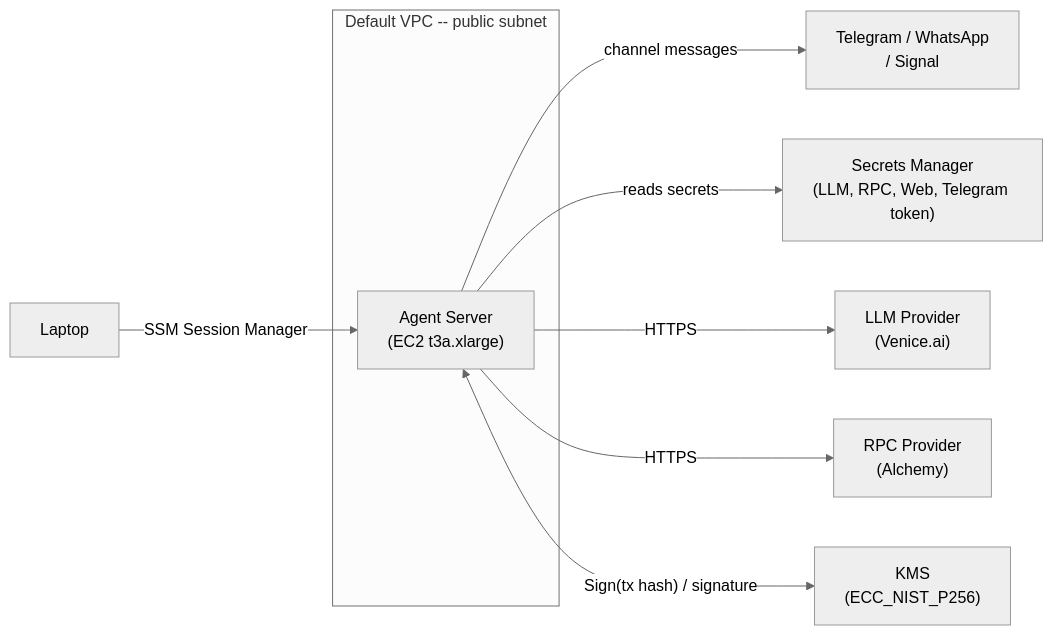
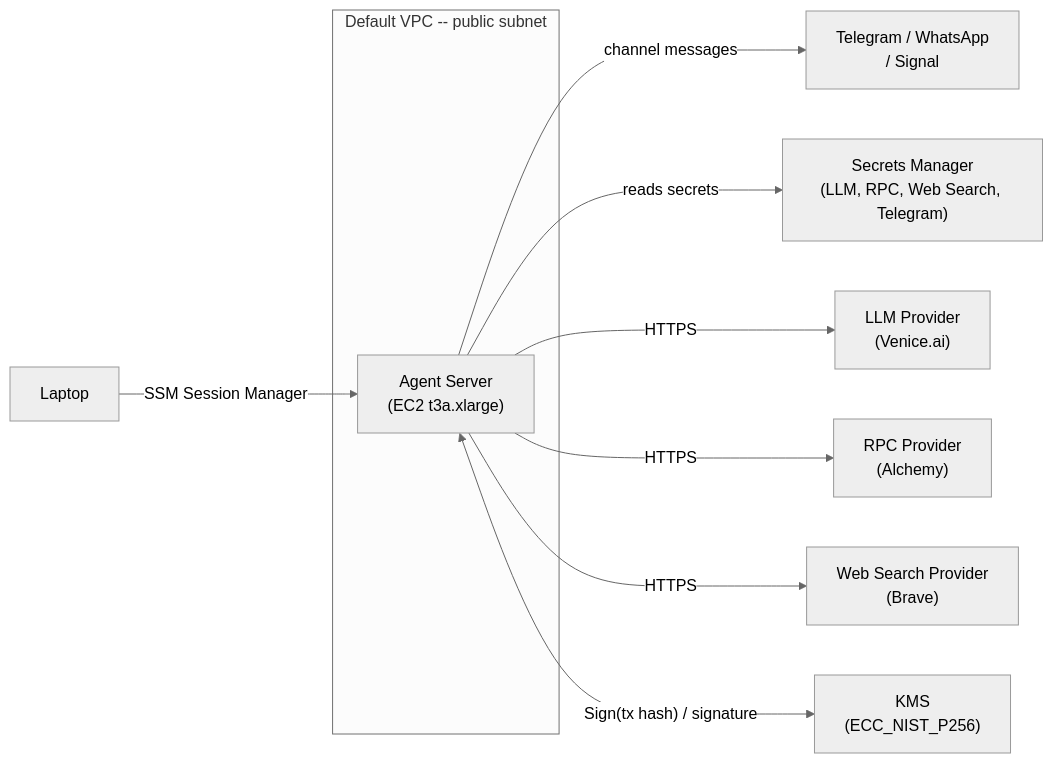
The diagram in README.md (barretodavid/openclaw-aws), drawn with Mermaid (neutral theme) before and after one commit.

Commit message:
Fixed mermaid diagram

````diff
--- a/README.md
+++ b/README.md
@@ -7,12 +7,13 @@
 ```mermaid
 graph LR
     Laptop -->|"SSM Session Manager"| EC2
     subgraph VPC ["Default VPC -- public subnet"]
         EC2["Agent Server<br/>(EC2 t3a.xlarge)"]
     end
     EC2 -->|"channel messages"| Channels["Telegram / WhatsApp<br/>/ Signal"]
-    EC2 -->|"reads secrets"| SM["Secrets Manager<br/>(LLM, RPC, Web, Telegram token)"]
+    EC2 -->|"reads secrets"| SM["Secrets Manager<br/>(LLM, RPC, Web Search, Telegram)"]
     EC2 -->|"HTTPS"| LLM["LLM Provider<br/>(Venice.ai)"]
     EC2 -->|"HTTPS"| RPC["RPC Provider<br/>(Alchemy)"]
+    EC2 -->|"HTTPS"| Web["Web Search Provider<br/>(Brave)"]
     EC2 <-->|"Sign(tx hash) / signature"| KMS["KMS<br/>(ECC_NIST_P256)"]
 ```
````
